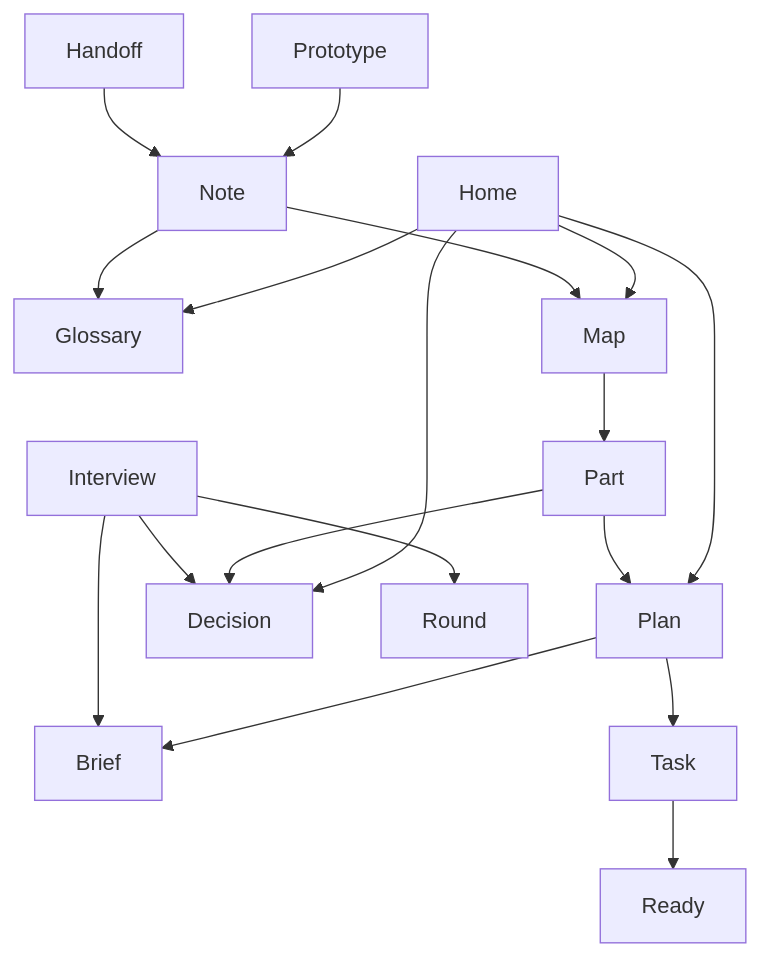
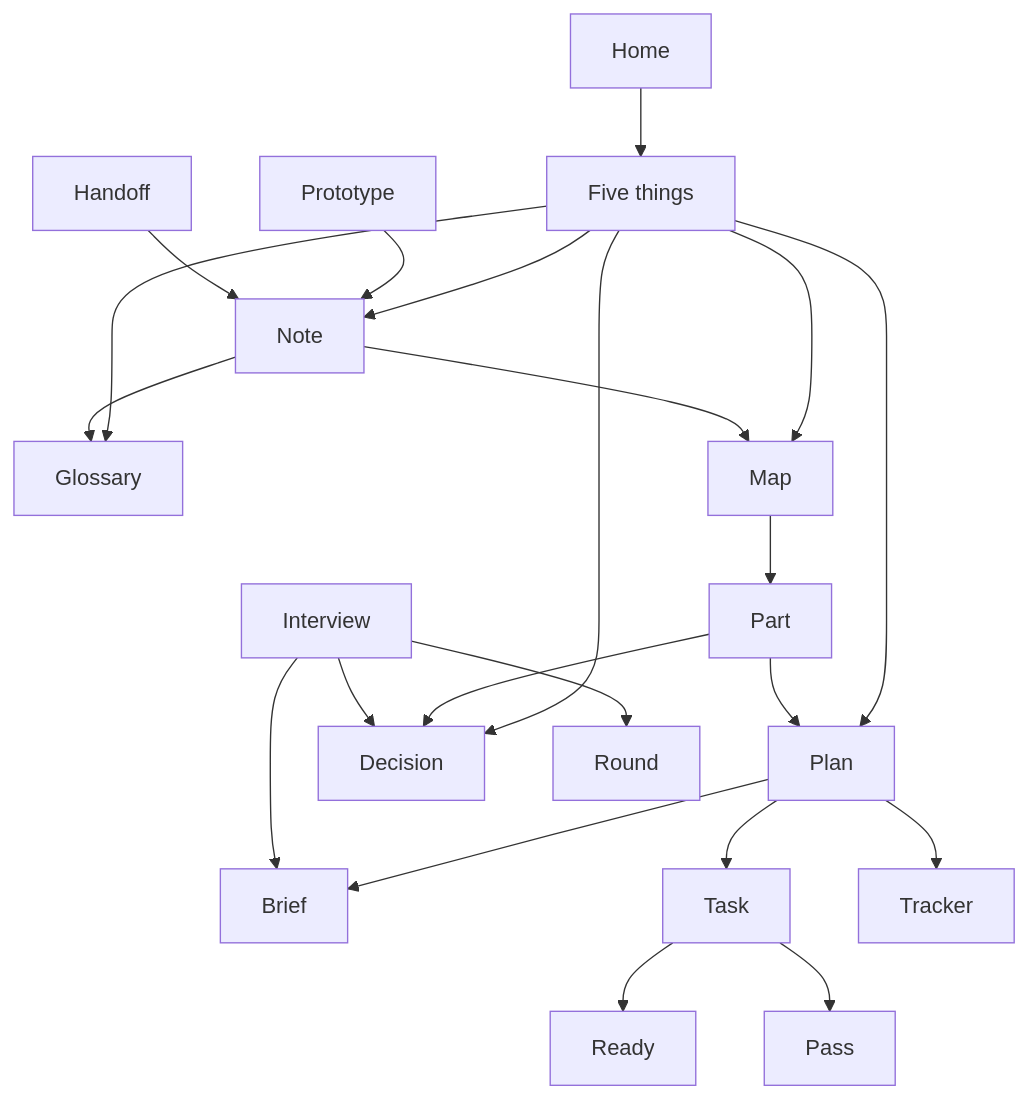
Before and after one commit to somethingdarkside1/atlas-skills: the diagram in GLOSSARY.md, drawn with Mermaid. The commit also changed other lines of this file and 31 other files, not shown here.

First line of the commit message:
Second pass: one home per rule, waits on disk, git in one place

````diff
--- a/GLOSSARY.md
+++ b/GLOSSARY.md
@@ -15,20 +15,24 @@
 ```mermaid
 flowchart TB
-  Home --> Glossary
-  Home --> Map
-  Home --> Plan
-  Home --> Decision
+  Home --> FiveThings["Five things"]
+  FiveThings --> Glossary
+  FiveThings --> Map
+  FiveThings --> Plan
+  FiveThings --> Decision
+  FiveThings --> Note
   Map --> Part
   Part --> Plan
   Part --> Decision
   Plan --> Brief
   Plan --> Task
+  Plan --> Tracker
   Task --> Ready
+  Task --> Pass
   Interview --> Round
   Interview --> Brief
   Interview --> Decision
   Prototype --> Note
   Handoff --> Note
   Note --> Glossary
   Note --> Map
 ```
````
